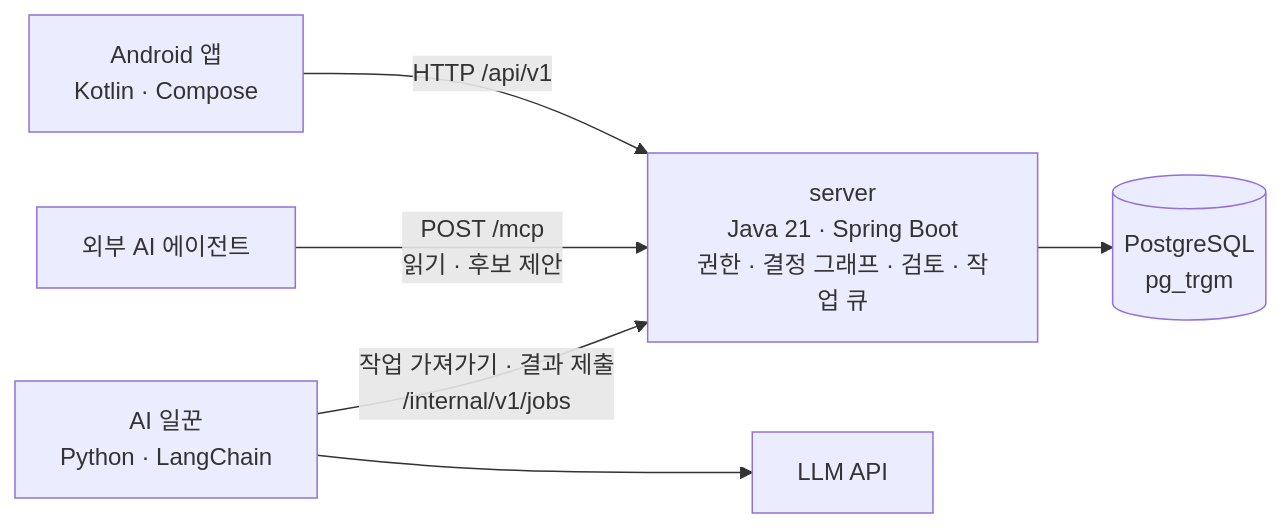
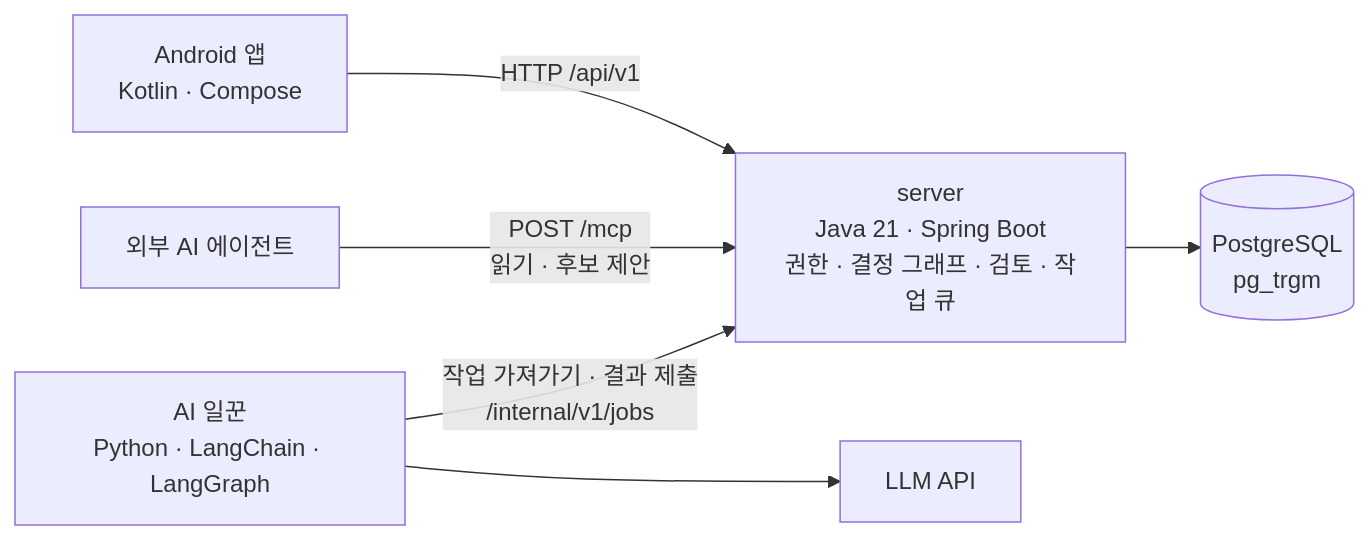
The diagram in README.md (dainkil/contexa), drawn with Mermaid before and after one commit. The commit also changed other lines of this file and 2 other files, not shown here.

Commit message:
docs: LangGraph 흐름과 근거 모으기 평가를 README·모듈 지도에 반영

````diff
--- a/README.md
+++ b/README.md
@@ -64,8 +64,8 @@
 ```mermaid
 flowchart LR
     app["Android 앱<br/>Kotlin · Compose"] -- "HTTP /api/v1" --> server
     agent["외부 AI 에이전트"] -- "POST /mcp<br/>읽기 · 후보 제안" --> server
-    worker["AI 일꾼<br/>Python · LangChain"] -- "작업 가져가기 · 결과 제출<br/>/internal/v1/jobs" --> server
+    worker["AI 일꾼<br/>Python · LangChain · LangGraph"] -- "작업 가져가기 · 결과 제출<br/>/internal/v1/jobs" --> server
     worker --> llm["LLM API"]
     server["server<br/>Java 21 · Spring Boot<br/>권한 · 결정 그래프 · 검토 · 작업 큐"] --> db[("PostgreSQL<br/>pg_trgm")]
 ```
````
